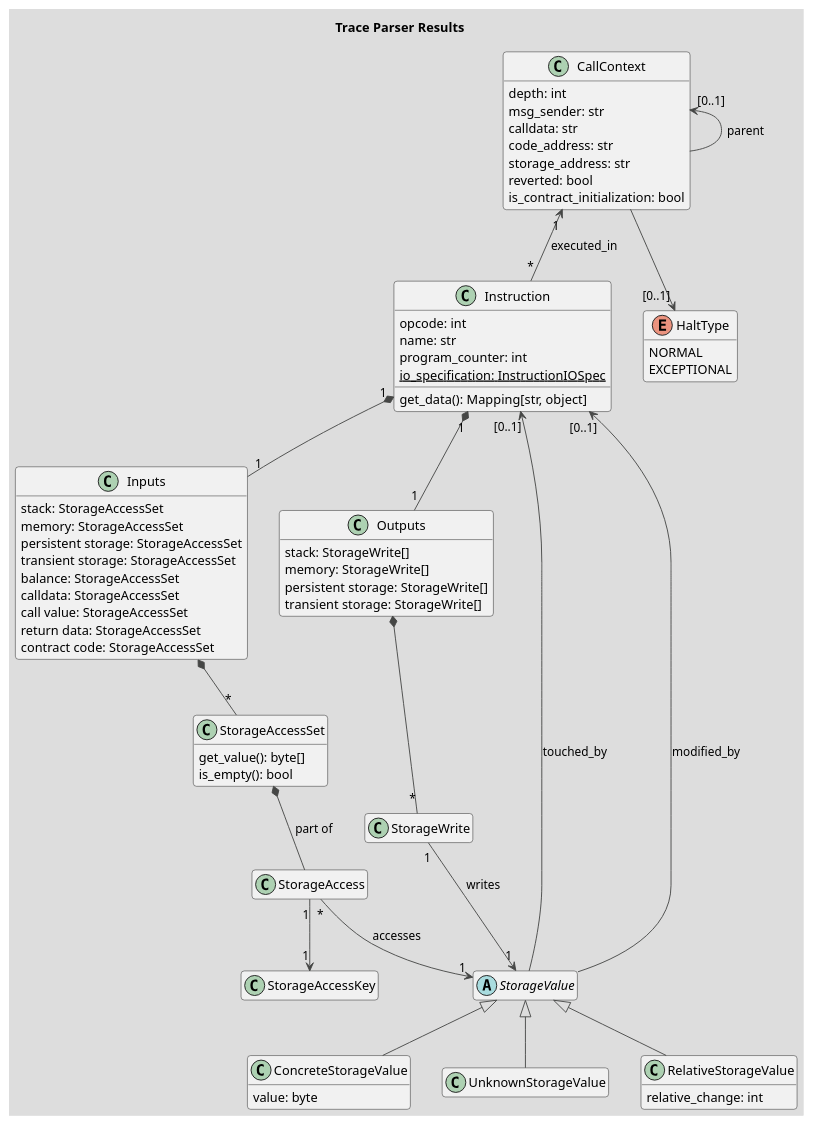
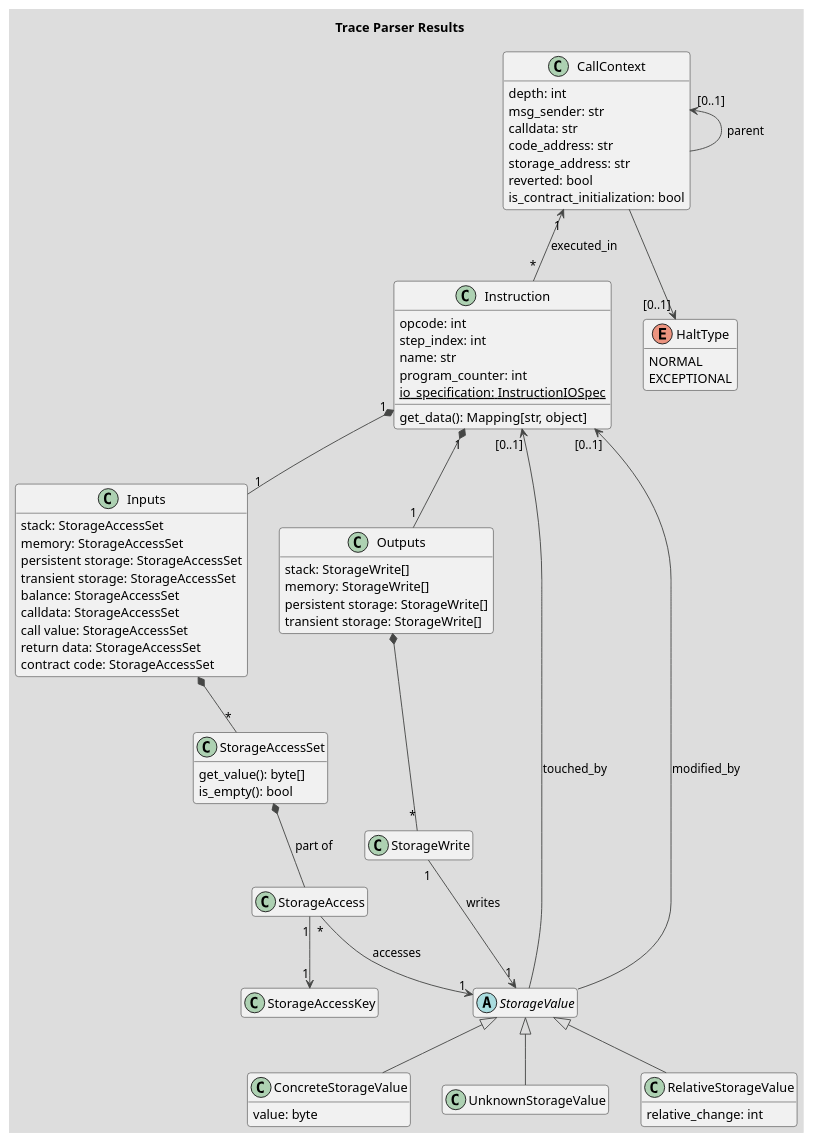
One commit to TOD-theses/traces_analyzer changed the first of 2 diagrams in docs/parsing.md. Above: the diagram before and after it, drawn with PlantUML. The commit also changed 9 other files, not shown here.

Commit message:
feat: add step_index to instruction

```diff
--- a/docs/parsing.md
+++ b/docs/parsing.md
@@ -30,6 +30,7 @@
 
 class Instruction {
   opcode: int
+  step_index: int
   name: str
   program_counter: int
   {static} io_specification: InstructionIOSpec
```
